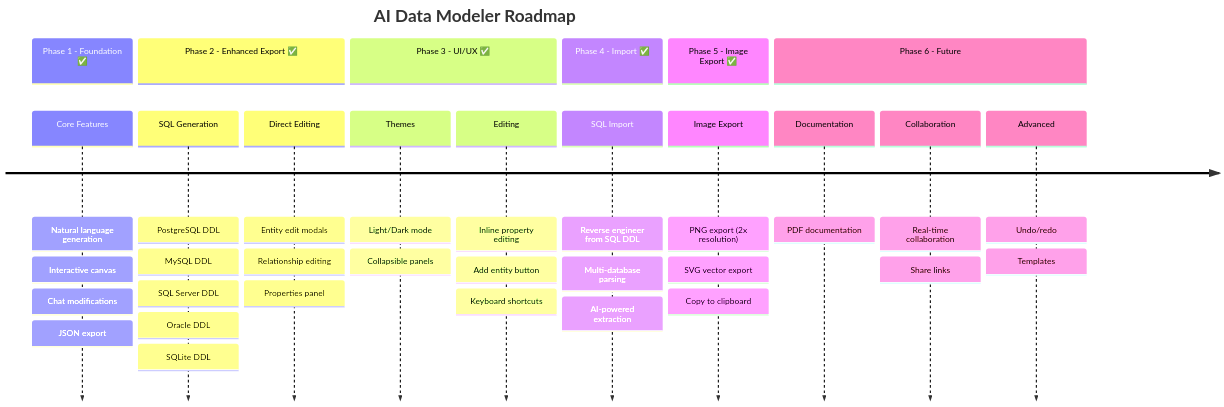
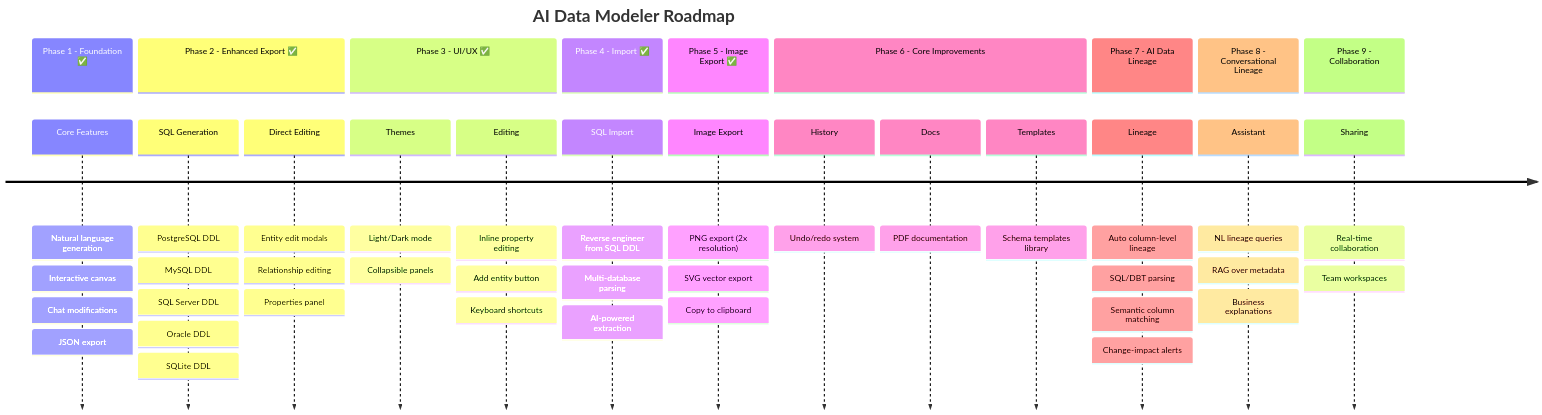
One commit to pandeyraunak007/ai-data-modeler changed diagram 14 of 15 in Guide.md. Above: the diagram before and after it, drawn with Mermaid. The commit also changed other lines of this file, not shown here.

First line of the commit message:
Update roadmap with AI Data Lineage features

````diff
--- a/Guide.md
+++ b/Guide.md
@@ -714,44 +714,57 @@
 ```mermaid
 timeline
     title AI Data Modeler Roadmap
 
     section Phase 1 - Foundation ✅
         Core Features : Natural language generation
                       : Interactive canvas
                       : Chat modifications
                       : JSON export
 
     section Phase 2 - Enhanced Export ✅
         SQL Generation : PostgreSQL DDL
                        : MySQL DDL
                        : SQL Server DDL
                        : Oracle DDL
                        : SQLite DDL
         Direct Editing : Entity edit modals
                        : Relationship editing
                        : Properties panel
 
     section Phase 3 - UI/UX ✅
         Themes     : Light/Dark mode
                    : Collapsible panels
         Editing    : Inline property editing
                    : Add entity button
                    : Keyboard shortcuts
 
     section Phase 4 - Import ✅
         SQL Import : Reverse engineer from SQL DDL
                    : Multi-database parsing
                    : AI-powered extraction
 
     section Phase 5 - Image Export ✅
         Image Export : PNG export (2x resolution)
                      : SVG vector export
                      : Copy to clipboard
 
-    section Phase 6 - Future
-        Documentation : PDF documentation
-        Collaboration : Real-time collaboration
-                      : Share links
-        Advanced   : Undo/redo
-                   : Templates
+    section Phase 6 - Core Improvements
+        History    : Undo/redo system
+        Docs       : PDF documentation
+        Templates  : Schema templates library
+
+    section Phase 7 - AI Data Lineage
+        Lineage    : Auto column-level lineage
+                   : SQL/DBT parsing
+                   : Semantic column matching
+                   : Change-impact alerts
+
+    section Phase 8 - Conversational Lineage
+        Assistant  : NL lineage queries
+                   : RAG over metadata
+                   : Business explanations
+
+    section Phase 9 - Collaboration
+        Sharing    : Real-time collaboration
+                   : Team workspaces
 ```
````
